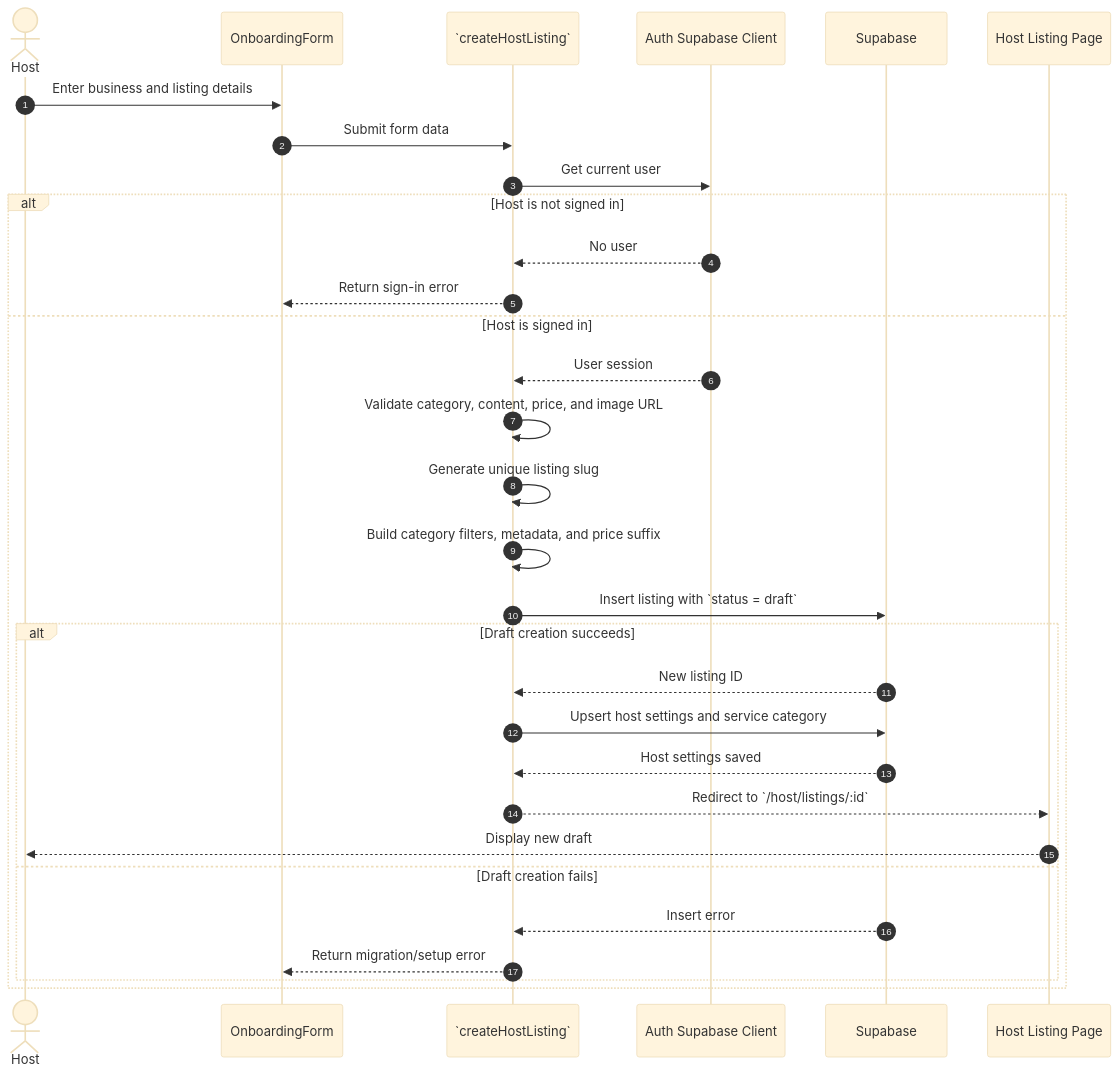
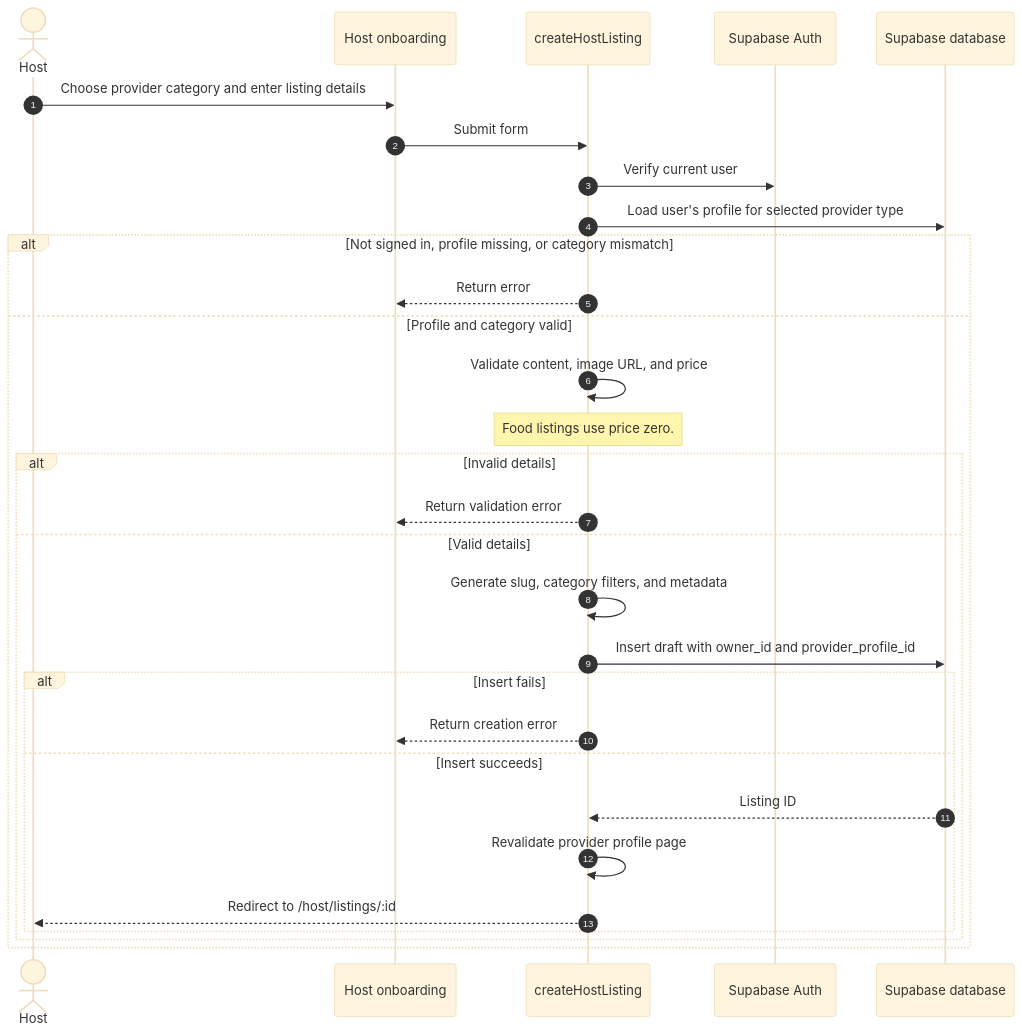
One commit to RyanWhyte2000/TourzApp changed the eighth of 13 diagrams in docs/sequence-diagrams.md. Above: the diagram before and after it, drawn with Mermaid (base theme). The commit also changed other lines of this file and 1 other file, not shown here.

Commit message:
update sequence flows

````diff
--- a/docs/sequence-diagrams.md
+++ b/docs/sequence-diagrams.md
@@ -270,34 +289,33 @@
 ```mermaid
 sequenceDiagram
     autonumber
     actor Host
-    participant OnboardingForm
-    participant HostAction as `createHostListing`
-    participant AuthClient as Auth Supabase Client
-    participant Supabase
-    participant DraftPage as Host Listing Page
+    participant Form as Host onboarding
+    participant Action as createHostListing
+    participant Auth as Supabase Auth
+    participant DB as Supabase database
 
-    Host->>OnboardingForm: Enter business and listing details
-    OnboardingForm->>HostAction: Submit form data
-    HostAction->>AuthClient: Get current user
-    alt Host is not signed in
-        AuthClient-->>HostAction: No user
-        HostAction-->>OnboardingForm: Return sign-in error
-    else Host is signed in
-        AuthClient-->>HostAction: User session
-        HostAction->>HostAction: Validate category, content, price, and image URL
-        HostAction->>HostAction: Generate unique listing slug
-        HostAction->>HostAction: Build category filters, metadata, and price suffix
-        HostAction->>Supabase: Insert listing with `status = draft`
-        alt Draft creation succeeds
-            Supabase-->>HostAction: New listing ID
-            HostAction->>Supabase: Upsert host settings and service category
-            Supabase-->>HostAction: Host settings saved
-            HostAction-->>DraftPage: Redirect to `/host/listings/:id`
-            DraftPage-->>Host: Display new draft
-        else Draft creation fails
-            Supabase-->>HostAction: Insert error
-            HostAction-->>OnboardingForm: Return migration/setup error
+    Host->>Form: Choose provider category and enter listing details
+    Form->>Action: Submit form
+    Action->>Auth: Verify current user
+    Action->>DB: Load user's profile for selected provider type
+    alt Not signed in, profile missing, or category mismatch
+        Action-->>Form: Return error
+    else Profile and category valid
+        Action->>Action: Validate content, image URL, and price
+        Note over Action: Food listings use price zero.
+        alt Invalid details
+            Action-->>Form: Return validation error
+        else Valid details
+            Action->>Action: Generate slug, category filters, and metadata
+            Action->>DB: Insert draft with owner_id and provider_profile_id
+            alt Insert fails
+                Action-->>Form: Return creation error
+            else Insert succeeds
+                DB-->>Action: Listing ID
+                Action->>Action: Revalidate provider profile page
+                Action-->>Host: Redirect to /host/listings/:id
+            end
         end
     end
 ```
````
